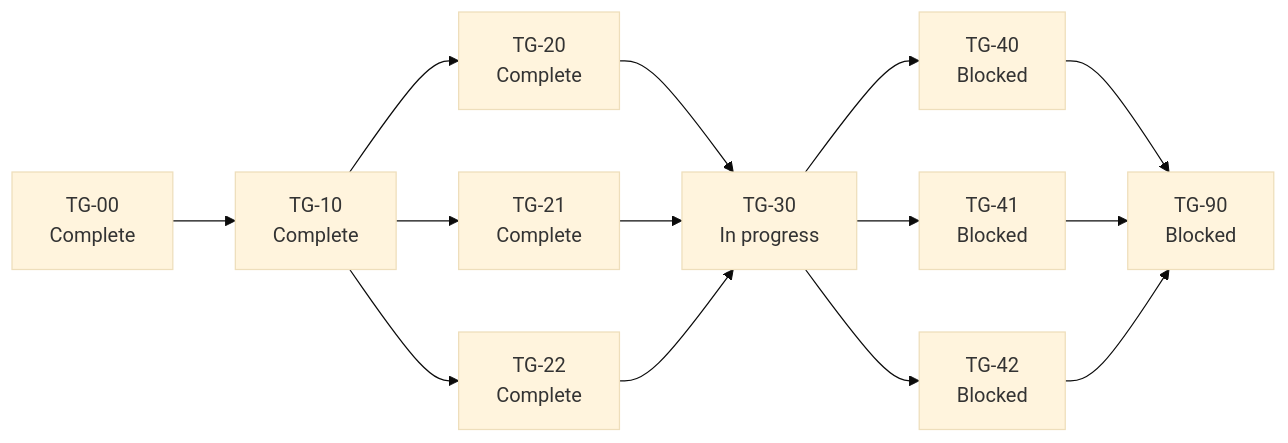
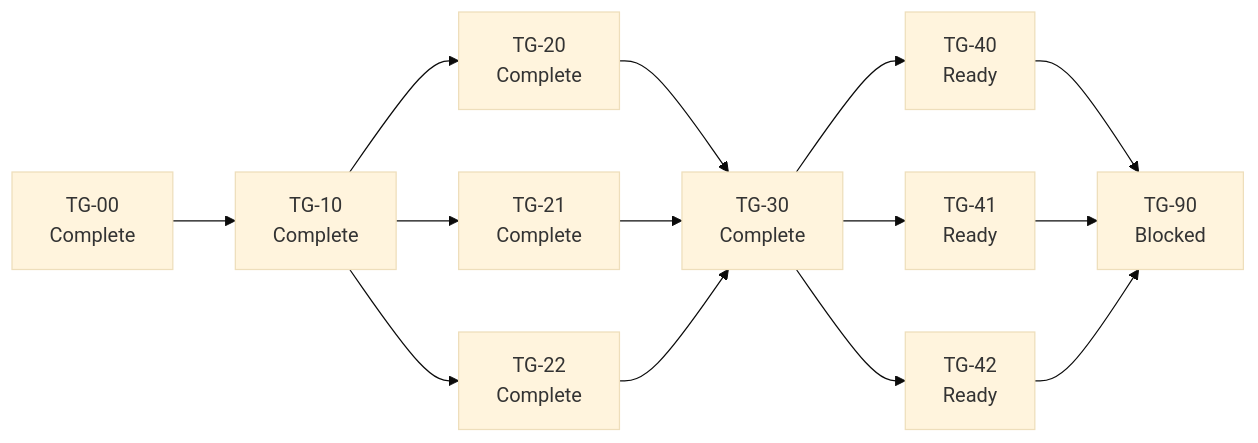
Before and after one commit to vatsalsaglani/rafu: the diagram in docs/plans/phases/terminal-groups/manifest.md, drawn with Mermaid (base theme). The commit also changed other lines of this file, not shown here.

````diff
--- a/docs/plans/phases/terminal-groups/manifest.md
+++ b/docs/plans/phases/terminal-groups/manifest.md
@@ -9,27 +9,27 @@
 ```mermaid
 flowchart LR
     D["TG-00<br/>Complete"]
     C["TG-10<br/>Complete"]
     R["TG-20<br/>Complete"]
     V["TG-21<br/>Complete"]
     S["TG-22<br/>Complete"]
-    W["TG-30<br/>In progress"]
-    M["TG-40<br/>Blocked"]
-    K["TG-41<br/>Blocked"]
-    A["TG-42<br/>Blocked"]
+    W["TG-30<br/>Complete"]
+    M["TG-40<br/>Ready"]
+    K["TG-41<br/>Ready"]
+    A["TG-42<br/>Ready"]
     Q["TG-90<br/>Blocked"]
 
     D --> C
     C --> R
     C --> V
     C --> S
     R --> W
     V --> W
     S --> W
     W --> M
     W --> K
     W --> A
     M --> Q
     K --> Q
     A --> Q
 ```
````
